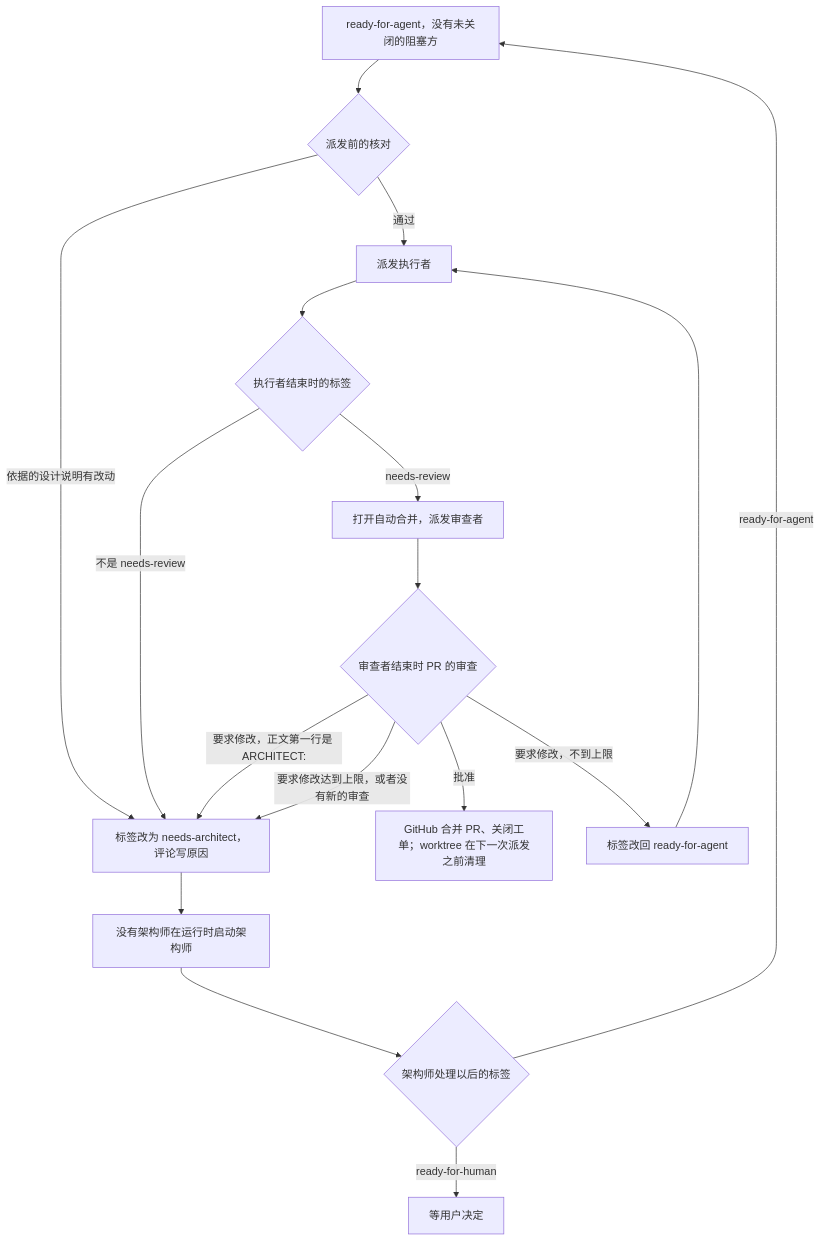
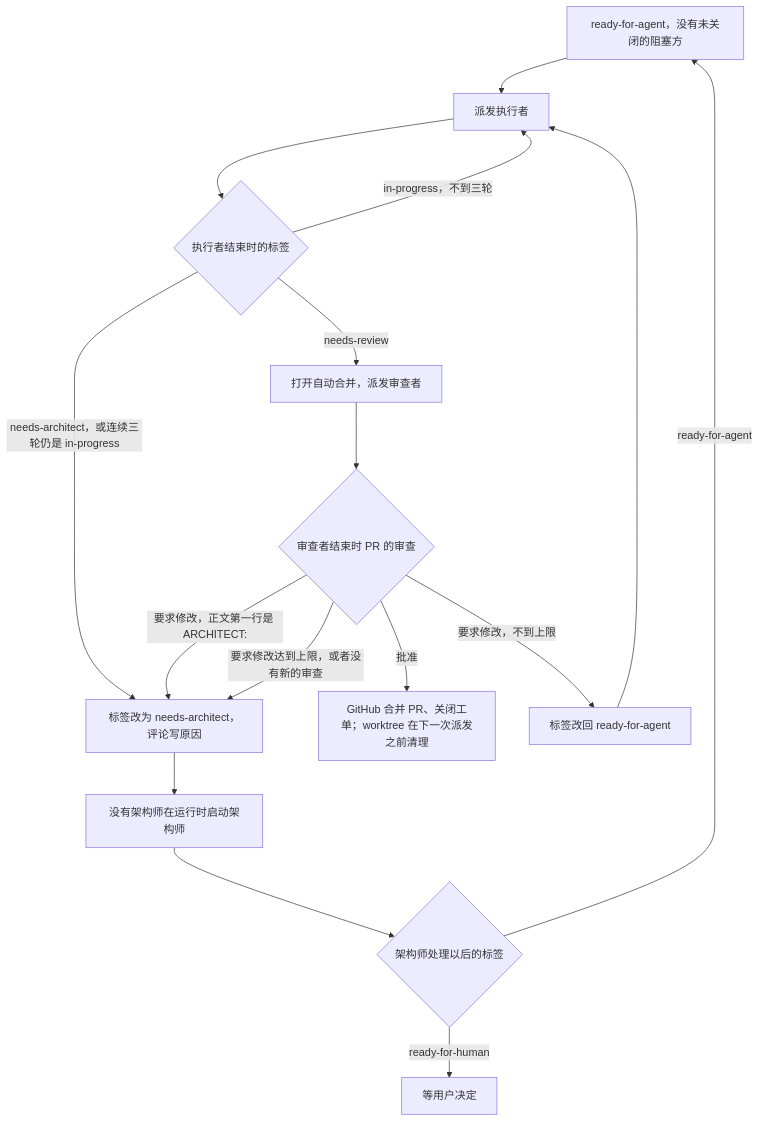
Before and after one commit to bender2333/yudao: the diagram in docs/agents/dispatcher.md, drawn with Mermaid. The commit also changed other lines of this file and 11 other files, not shown here.

````diff
--- a/docs/agents/dispatcher.md
+++ b/docs/agents/dispatcher.md
@@ -24,19 +24,18 @@
 ```mermaid
 flowchart TD
-    R[ready-for-agent，没有未关闭的阻塞方] --> C{派发前的核对}
-    C -- 依据的设计说明有改动 --> N[标签改为 needs-architect，评论写原因]
-    C -- 通过 --> E[派发执行者]
+    R[ready-for-agent，没有未关闭的阻塞方] --> E[派发执行者]
     E --> X{执行者结束时的标签}
     X -- needs-review --> A[打开自动合并，派发审查者]
-    X -- 不是 needs-review --> N
+    X -- in-progress，不到三轮 --> E
+    X -- needs-architect，或连续三轮仍是 in-progress --> N[标签改为 needs-architect，评论写原因]
     A --> V{审查者结束时 PR 的审查}
     V -- 批准 --> M[GitHub 合并 PR、关闭工单；worktree 在下一次派发之前清理]
     V -- 要求修改，不到上限 --> B[标签改回 ready-for-agent]
     B --> E
     V -- 要求修改，正文第一行是 ARCHITECT: --> N
     V -- 要求修改达到上限，或者没有新的审查 --> N
     N --> W[没有架构师在运行时启动架构师]
     W --> Q{架构师处理以后的标签}
     Q -- ready-for-agent --> R
     Q -- ready-for-human --> H[等用户决定]
 ```
````
